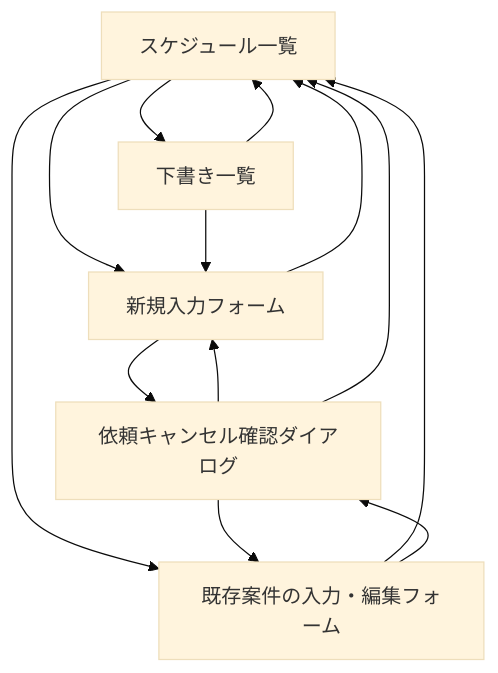
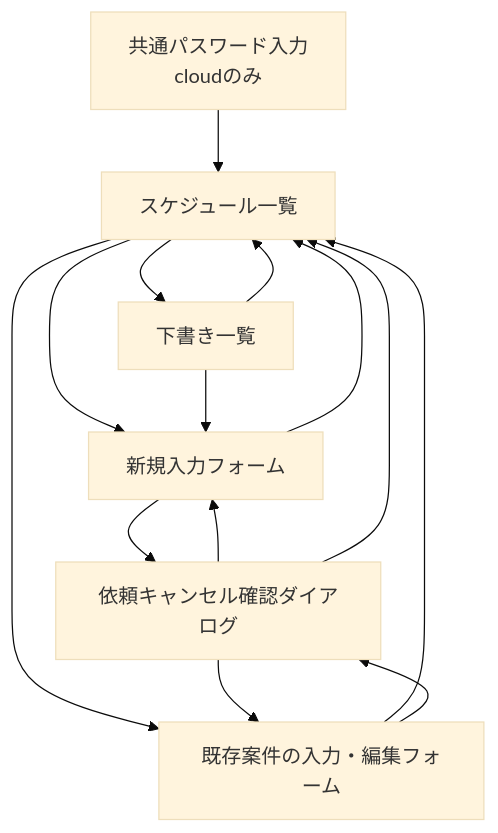
The diagram in docs/screen-list.md (yuya-dev-dev/schedule-system), drawn with Mermaid (base theme) before and after one commit. The commit also changed other lines of this file and 10 other files, not shown here.

````diff
--- a/docs/screen-list.md
+++ b/docs/screen-list.md
@@ -191,15 +211,16 @@
 ```mermaid
 flowchart TD
-    A["スケジュール一覧"] --> B["新規入力フォーム"]
+    L["共通パスワード入力<br>cloudのみ"] --> A["スケジュール一覧"]
+    A --> B["新規入力フォーム"]
     A --> C["既存案件の入力・編集フォーム"]
     A --> E["下書き一覧"]
     E --> B
     E --> A
     B --> A
     C --> A
     B --> D["依頼キャンセル確認ダイアログ"]
     C --> D
     D --> B
     D --> C
     D --> A
 ```
````
